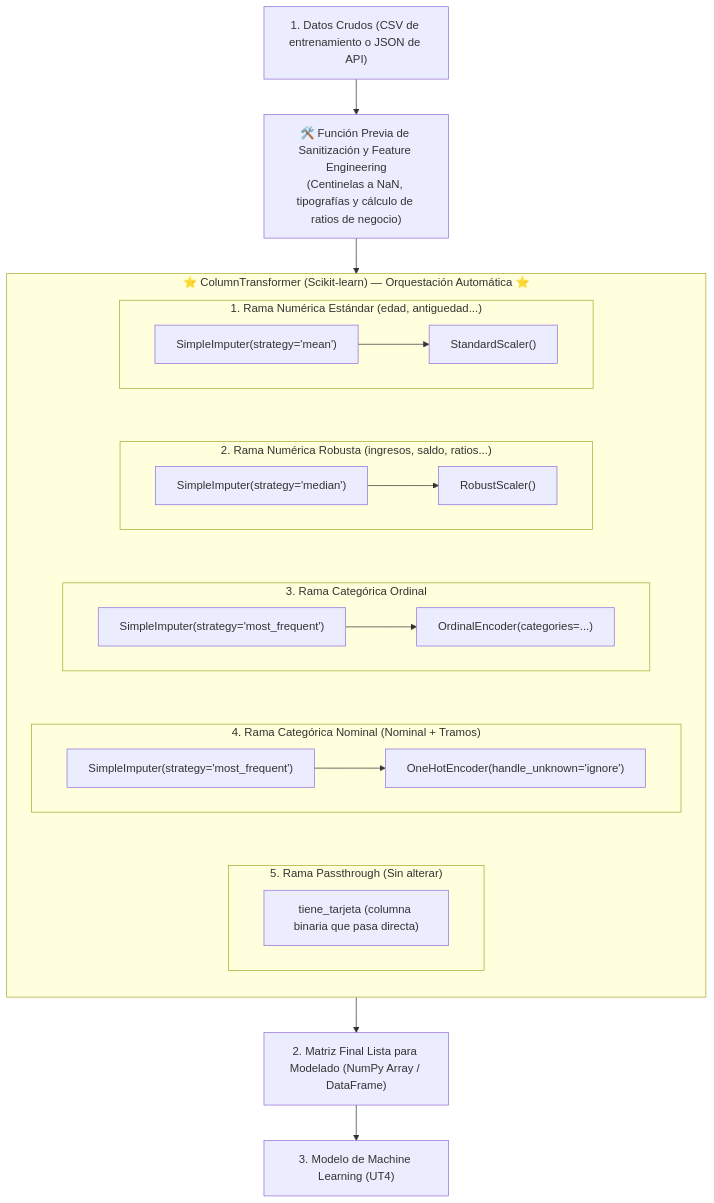
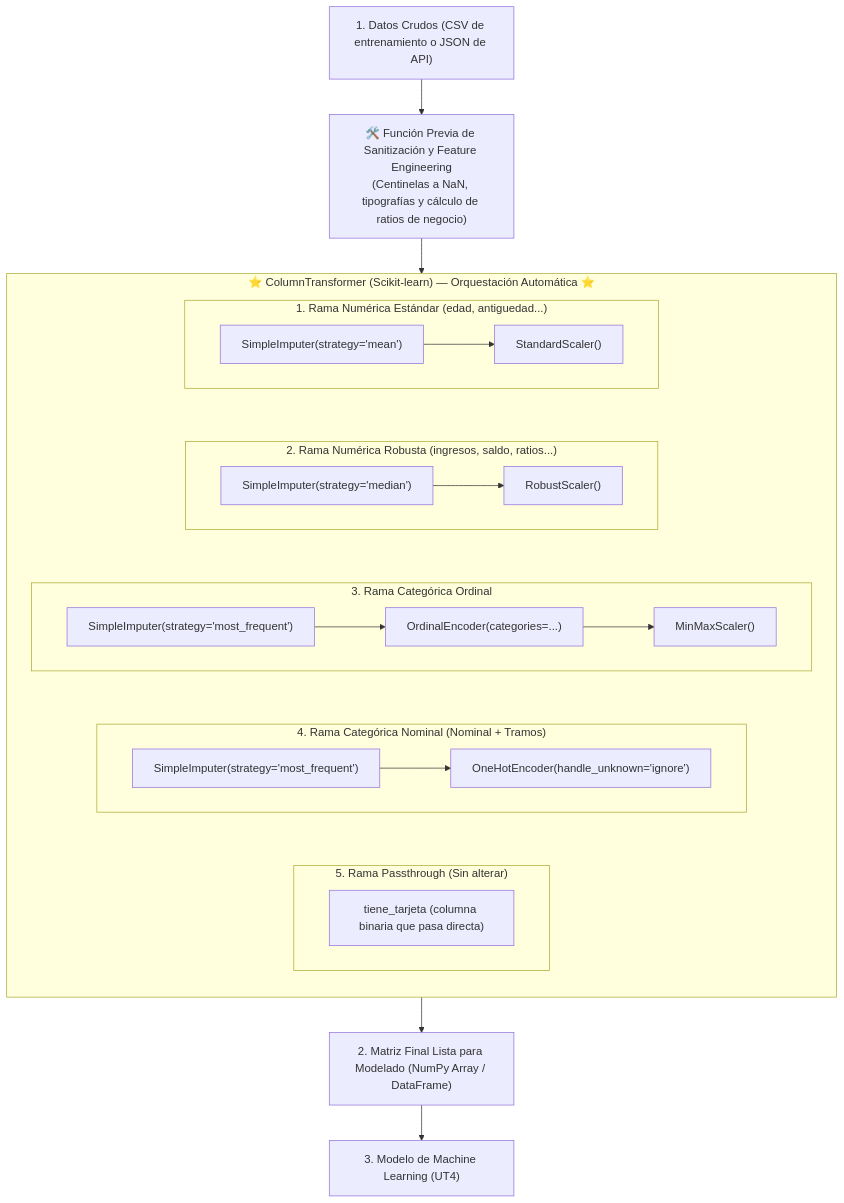
One commit to acamarac02/DevTacora changed the fourth of 4 diagrams in docs/02_pia_2627/ut3_preparacion_analisis_datos/8-pipelines-columntransformer.md. Above: the diagram before and after it, drawn with Mermaid. The commit also changed other lines of this file and 1 other file, not shown here.

````diff
--- a/docs/02_pia_2627/ut3_preparacion_analisis_datos/8-pipelines-columntransformer.md
+++ b/docs/02_pia_2627/ut3_preparacion_analisis_datos/8-pipelines-columntransformer.md
@@ -134,42 +134,42 @@
 ```mermaid
 flowchart TD
     Raw["1. Datos Crudos (CSV de entrenamiento o JSON de API)"] --> Pre["🛠️ Función Previa de Sanitización y Feature Engineering<br/>(Centinelas a NaN, tipografías y cálculo de ratios de negocio)"]
     
     Pre --> CT
     
     subgraph CT ["⭐ ColumnTransformer (Scikit-learn) — Orquestación Automática ⭐"]
         direction TB
         
         subgraph SubNumStd ["1. Rama Numérica Estándar (edad, antiguedad...)"]
             direction LR
             NS1["SimpleImputer(strategy='mean')"] --> NS2["StandardScaler()"]
         end
         
         subgraph SubNumRob ["2. Rama Numérica Robusta (ingresos, saldo, ratios...)"]
             direction LR
             NR1["SimpleImputer(strategy='median')"] --> NR2["RobustScaler()"]
         end
         
         subgraph SubOrd ["3. Rama Categórica Ordinal"]
             direction LR
-            O1["SimpleImputer(strategy='most_frequent')"] --> O2["OrdinalEncoder(categories=...)"]
+            O1["SimpleImputer(strategy='most_frequent')"] --> O2["OrdinalEncoder(categories=...)"] --> O3["MinMaxScaler()"]
         end
         
         subgraph SubNom ["4. Rama Categórica Nominal (Nominal + Tramos)"]
             direction LR
             H1["SimpleImputer(strategy='most_frequent')"] --> H2["OneHotEncoder(handle_unknown='ignore')"]
         end
         
         subgraph SubPass ["5. Rama Passthrough (Sin alterar)"]
             P1["tiene_tarjeta (columna binaria que pasa directa)"]
         end
         
         SubNumStd ~~~ SubNumRob
         SubNumRob ~~~ SubOrd
         SubOrd ~~~ SubNom
         SubNom ~~~ SubPass
     end
     
     CT --> Final["2. Matriz Final Lista para Modelado (NumPy Array / DataFrame)"]
     Final --> Model["3. Modelo de Machine Learning (UT4)"]
 ```
````
